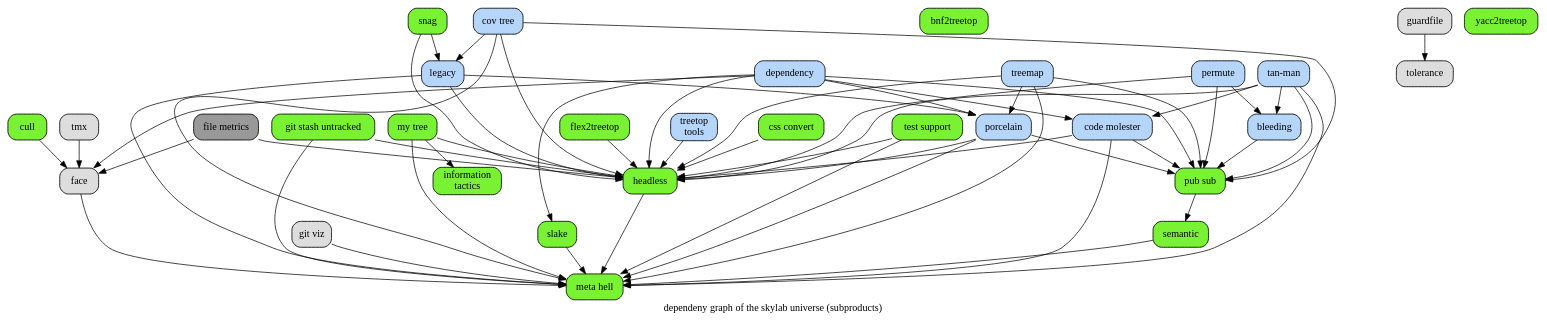
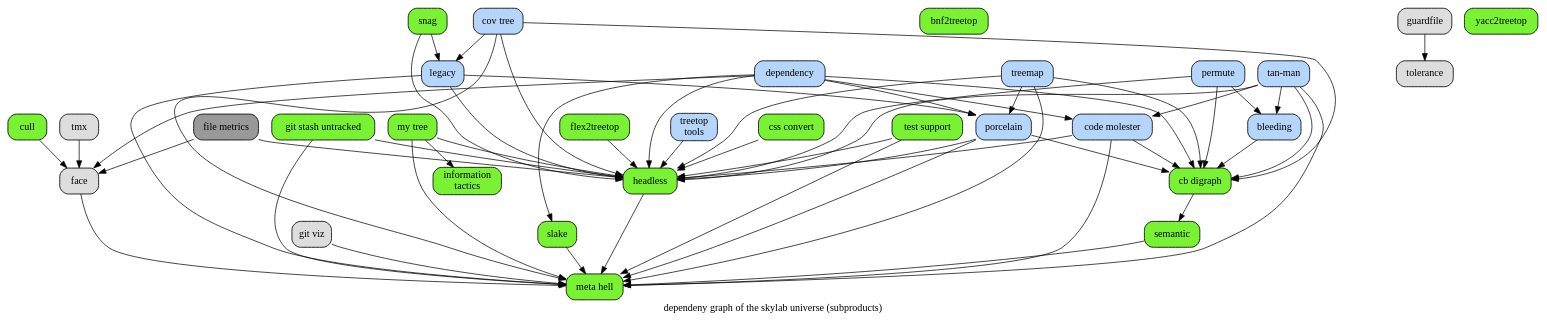
One commit to hipe/tmx changed the diagram in doc/subproduct-dependencies.dot. Above: the diagram before and after it, drawn with Graphviz. The commit also changed 156 other files, not shown here.

```diff
--- a/doc/subproduct-dependencies.dot
+++ b/doc/subproduct-dependencies.dot
@@ -1,111 +1,111 @@
 # created by tan-man on 2012-12-20 16:03:06 UTC
 
 digraph {
 
 /*
   example stmt_list:
     foo -> bar
     biff -> baz
 
   example node_stmt:
     learn_c [label="learn C somehow"]
 */
 
 label="dependeny graph of the skylab universe (subproducts)"
 
 node [label="\N", style="filled", fillcolor="#b5d5fb", fontname="Futura", penwidth="1.1566", shape="Mrecord"]
 
 #                 blue : fillcolor="#b5d5fb"
 #             finished : green
 #                green : fillcolor="#79f233"
 #         not-finished : blue
 
 
 bleeding [label="bleeding" fillcolor="#b5d5fb"]
 bnf [label="bnf2treetop" fillcolor="#79f233"]
 code [label="code molester" fillcolor="#b5d5fb"]
 cov [label="cov tree" fillcolor="#b5d5fb"]
 css [label="css convert" fillcolor="#79f233"]
 cull [label="cull" fillcolor="#79f233"]
 dependency [label=dependency fillcolor="#b5d5fb"]
 face [label=face fillcolor="#dddddd"]
 file [label="file metrics" fillcolor="#999999"]
 flex [label="flex2treetop" fillcolor="#79f233"]
 git [label="git viz" fillcolor="#dddddd"]
 gsu [label="git stash untracked" fillcolor="#79f233"]
 guardfile [label=guardfile fillcolor="#dddddd"]
 headless [label=headless fillcolor="#79f233"]
 info [label="information\ntactics" fillcolor="#79f233"]
 legacy [label="legacy" fillcolor="#b5d5fb"]
 meta [label="meta hell" fillcolor="#79f233"]
 mytree [label="my tree" fillcolor="#79f233"]
 permute [label="permute" fillcolor="#b5d5fb"]
 porcelain [label=porcelain fillcolor="#b5d5fb"]
-pub [label="pub sub" fillcolor="#79f233"]
+pub [label="cb digraph" fillcolor="#79f233"]
 semantic [label="semantic" fillcolor="#79f233"]
 slake [label=slake fillcolor="#79f233"]
 snag [label="snag" fillcolor="#79f233"]
 tan [label="tan-man" fillcolor="#b5d5fb"]
 test [label="test support" fillcolor="#79f233"]
 tolerance [label="tolerance" fillcolor="#dddddd"]
 treemap [label="treemap" fillcolor="#b5d5fb"]
 treetop [label="treetop\ntools" fillcolor="#b5d5fb"]
 tmx [label=tmx fillcolor="#dddddd"]
 yacc [label="yacc2treetop" fillcolor="#79f233"]
 
 bleeding -> pub
 code -> headless
 code -> meta
 code -> pub
 cov -> headless
 cov -> meta
 cov -> legacy
 cov -> pub
 css -> headless
 cull -> face
 git -> meta
 gsu -> headless
 gsu -> meta
 guardfile -> tolerance
 dependency -> code
 dependency -> face
 dependency -> headless
 dependency -> porcelain
 dependency -> pub
 dependency -> slake
 file -> face
 face -> meta
 file -> headless
 flex -> headless
 headless -> meta
 legacy -> headless
 legacy -> meta
 legacy -> porcelain
 mytree -> headless
 mytree -> info
 mytree -> meta
 permute -> bleeding
 permute -> headless
 permute -> pub
 porcelain -> headless
 porcelain -> meta
 porcelain -> pub
 pub -> semantic
 semantic -> meta
 slake -> meta
 snag -> legacy
 snag -> headless
 tan -> code
 tan -> bleeding
 tan -> headless
 tan -> meta
 tan -> pub
 test -> headless
 test -> meta
 tmx -> face
 treemap -> headless
 treemap -> meta
 treemap -> porcelain
 treemap -> pub
 treetop -> headless
 }
```
